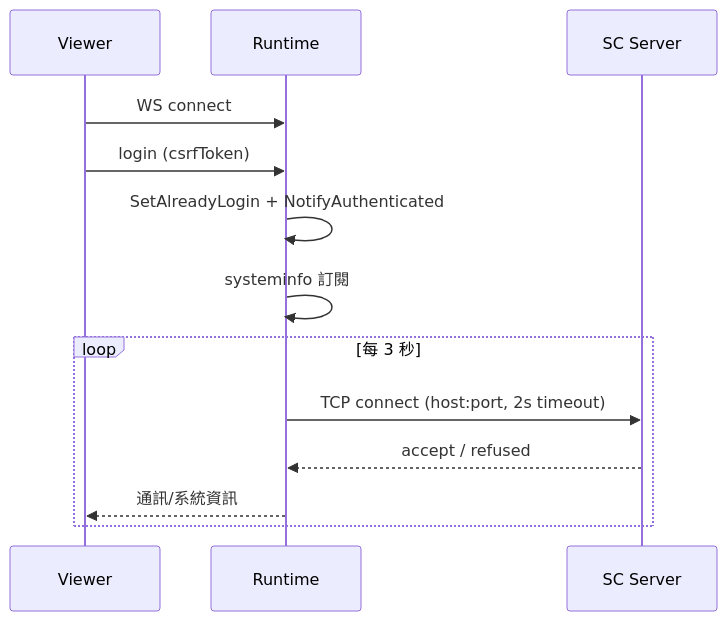
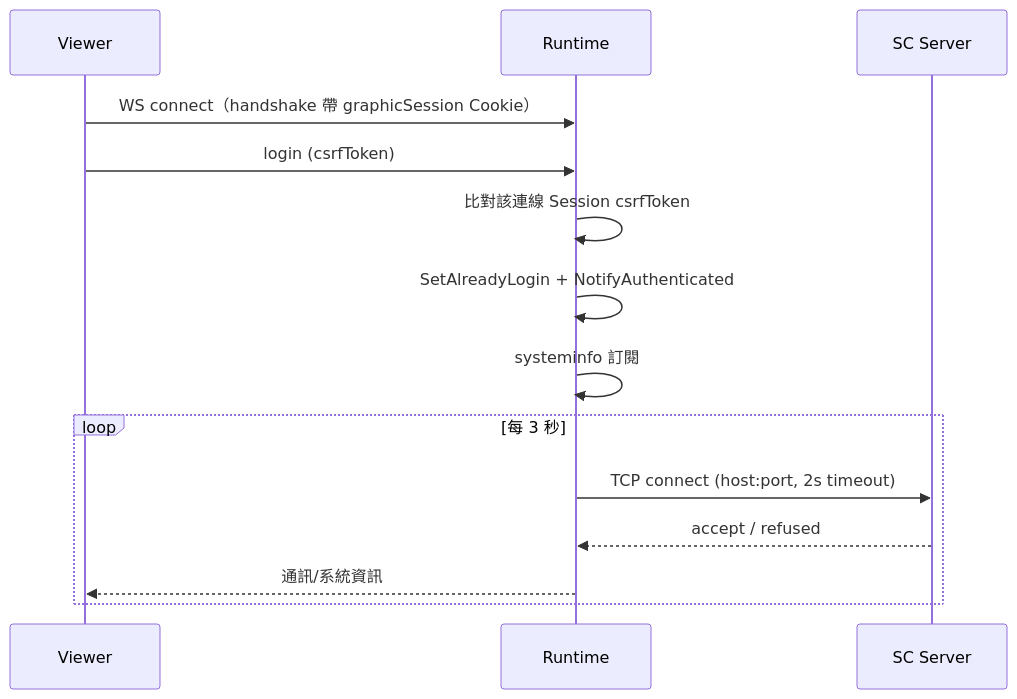
Before and after one commit to PochengChen-del/EdgeViewDoc: diagram 16 of 17 in SDS/09_Key_Flows.md, drawn with Mermaid. The commit also changed other lines of this file and 13 other files, not shown here.

````diff
--- a/SDS/09_Key_Flows.md
+++ b/SDS/09_Key_Flows.md
@@ -371,15 +372,16 @@
 ```mermaid
 sequenceDiagram
     participant V as Viewer
     participant P as Runtime
     participant S as SC Server
-    V->>P: WS connect
+    V->>P: WS connect（handshake 帶 graphicSession Cookie）
     V->>P: login (csrfToken)
+    P->>P: 比對該連線 Session csrfToken
     P->>P: SetAlreadyLogin + NotifyAuthenticated
     P->>P: systeminfo 訂閱
     loop 每 3 秒
         P->>S: TCP connect (host:port, 2s timeout)
         S-->>P: accept / refused
         P-->>V: 通訊/系統資訊
     end
 ```
````
